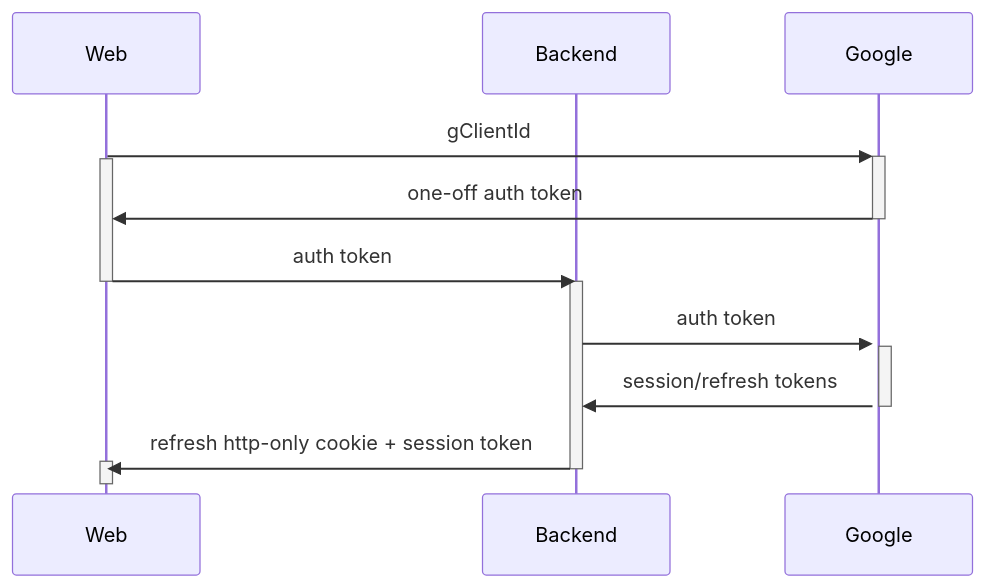
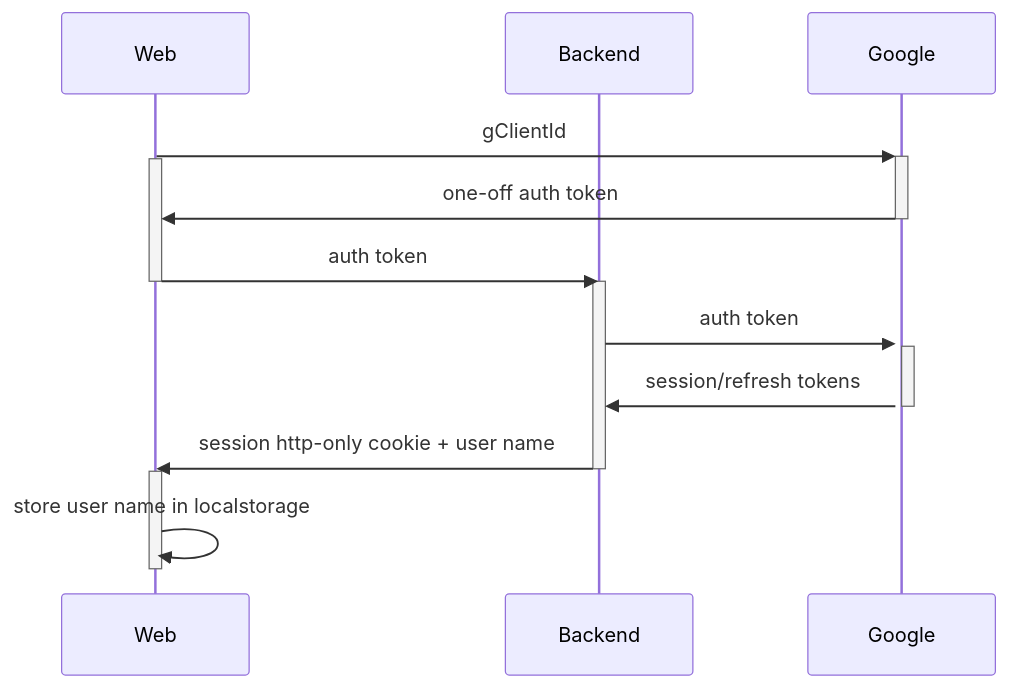
One commit to amg/fitness-tracker changed the first of 2 diagrams in docs/ADR-001-authentication.md. Above: the diagram before and after it, drawn with Mermaid. The commit also changed other lines of this file and 6 other files, not shown here.

```diff
--- a/docs/ADR-001-authentication.md
+++ b/docs/ADR-001-authentication.md
@@ -16,18 +16,19 @@
 ::: mermaid
 sequenceDiagram
     participant Web
     participant Backend
     participant Google
 
     Web->>+Google: gClientId
     activate Web
     Google->>-Web: one-off auth token
     Web->>-Backend: auth token
     activate Backend
     Backend->>+Google: auth token
     activate Google
     Google->>-Backend: session/refresh tokens
-    Backend->>-Web: refresh http-only cookie + session token
+    Backend->>-Web: session http-only cookie + user name
     activate Web
+    Web->>Web: store user name in localstorage
     deactivate Web
 :::
```
